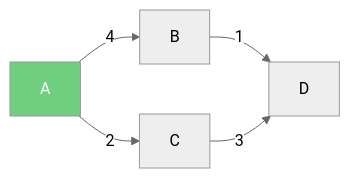
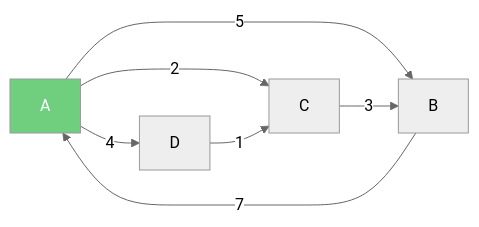
One commit to frijolitobandido/Guia_Matematica_Discreta changed the fifth of 8 diagrams in 02-algoritmos-grafos.md. Above: the diagram before and after it, drawn with Mermaid (neutral theme). The commit also changed other lines of this file, not shown here.

````diff
--- a/02-algoritmos-grafos.md
+++ b/02-algoritmos-grafos.md
@@ -257,9 +402,11 @@
 ```mermaid
 graph LR
-    A -->|4| B
+    A -->|5| B
     A -->|2| C
-    B -->|1| D
-    C -->|3| D
+    A -->|4| D
+    B -->|7| A
+    C -->|3| B
+    D -->|1| C
 
     style A fill:#6fcf7f,color:#fff
 ```
````
